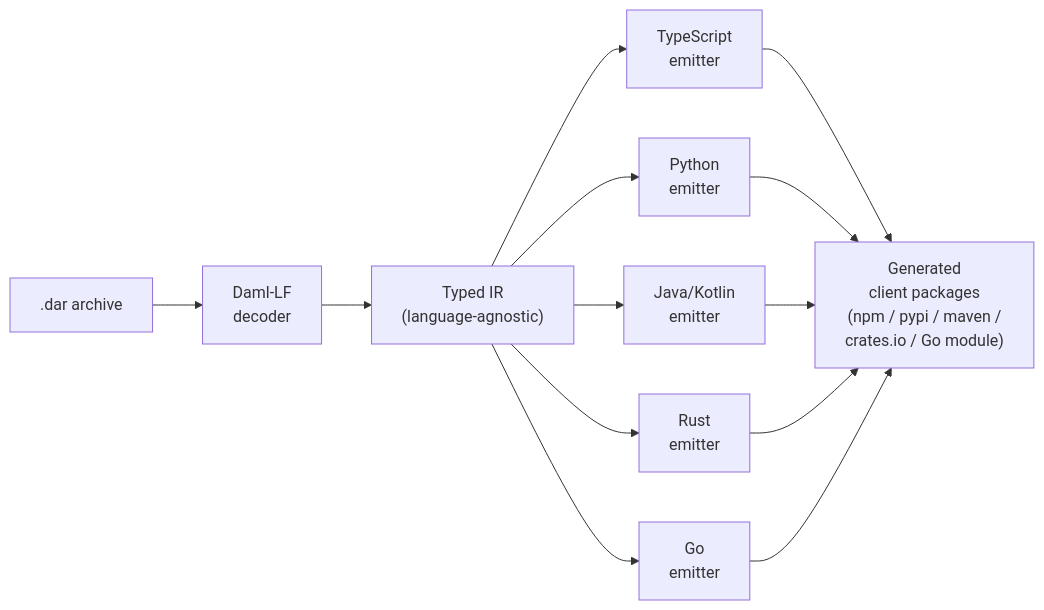
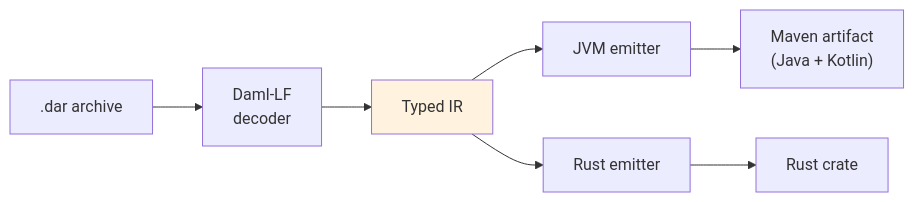
One commit to jatinsahijwani/canton-bindings changed the second of 6 diagrams in README.md. Above: the diagram before and after it, drawn with Mermaid. The commit also changed other lines of this file, not shown here.

````diff
--- a/README.md
+++ b/README.md
@@ -82,11 +124,11 @@
 ```mermaid
 flowchart LR
-    A[".dar archive"] --> B["Daml-LF\ndecoder"]
-    B --> C["Typed IR\n(language-agnostic)"]
-    C --> D["TypeScript\nemitter"]
-    C --> E["Python\nemitter"]
-    C --> F["Java/Kotlin\nemitter"]
-    C --> G["Rust\nemitter"]
-    C --> H["Go\nemitter"]
-    D & E & F & G & H --> I["Generated\nclient packages\n(npm / pypi / maven /\ncrates.io / Go module)"]
+    A[".dar archive"] --> B["Daml-LF<br/>decoder"]
+    B --> C["Typed IR"]
+    C --> D["JVM emitter"]
+    C --> E["Rust emitter"]
+    D --> F["Maven artifact<br/>(Java + Kotlin)"]
+    E --> G["Rust crate"]
+
+    style C fill:#fff3e0
 ```
````
